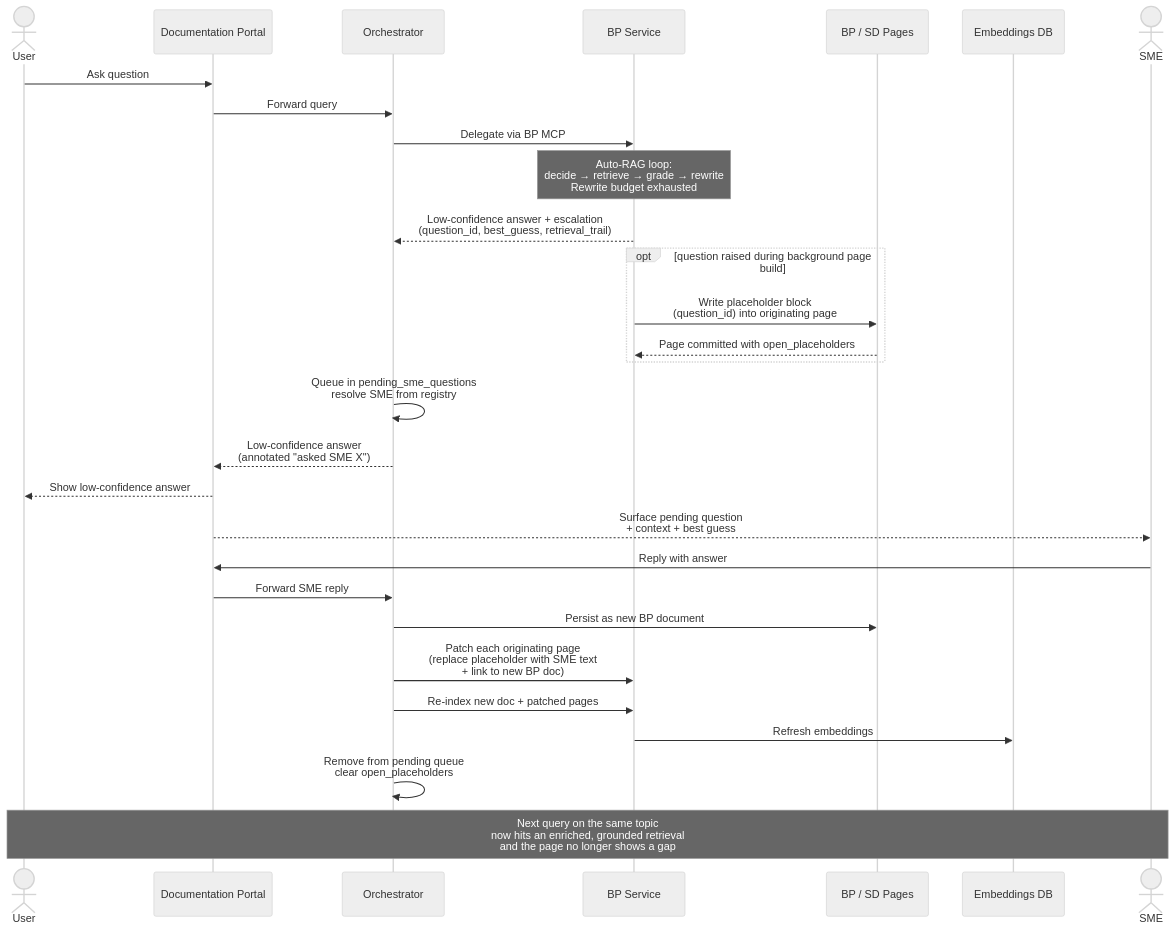
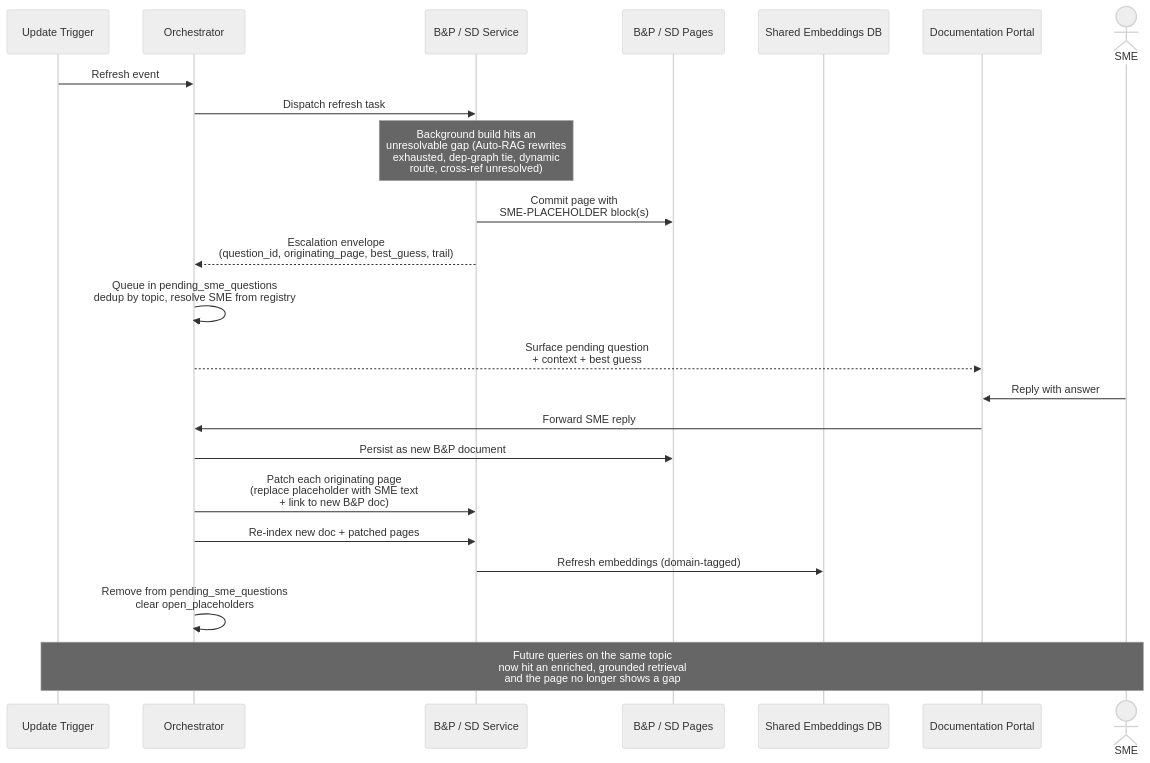
One commit to kikecorona/agentic-ai-capstone-project changed the fifth of 5 diagrams in PROJECT_ARCHITECTURE.md. Above: the diagram before and after it, drawn with Mermaid (neutral theme). The commit also changed other lines of this file and 1 other file, not shown here.

Commit message:
Simplified SME flow

````diff
--- a/PROJECT_ARCHITECTURE.md
+++ b/PROJECT_ARCHITECTURE.md
@@ -776,31 +788,26 @@
 ```mermaid
 sequenceDiagram
-    actor User
+    participant Trig as Update Trigger
+    participant OC as Orchestrator
+    participant Spec as B&P / SD Service
+    participant Docs as B&P / SD Pages
+    participant E as Shared Embeddings DB
     participant Portal as Documentation Portal
-    participant OC as Orchestrator
-    participant BP as BP Service
-    participant Docs as BP / SD Pages
-    participant E as Embeddings DB
     actor SME
-    User ->> Portal: Ask question
-    Portal ->> OC: Forward query
-    OC ->> BP: Delegate via BP MCP
-    Note over BP: Auto-RAG loop:<br/>decide → retrieve → grade → rewrite<br/>Rewrite budget exhausted
-    BP -->> OC: Low-confidence answer + escalation<br/>(question_id, best_guess, retrieval_trail)
-    opt question raised during background page build
-        BP ->> Docs: Write placeholder block<br/>(question_id) into originating page
-        Docs -->> BP: Page committed with open_placeholders
-    end
-    OC ->> OC: Queue in pending_sme_questions<br/>resolve SME from registry
-    OC -->> Portal: Low-confidence answer<br/>(annotated "asked SME X")
-    Portal -->> User: Show low-confidence answer
-    Portal -->> SME: Surface pending question<br/>+ context + best guess
+
+    Trig ->> OC: Refresh event
+    OC ->> Spec: Dispatch refresh task
+    Note over Spec: Background build hits an<br/>unresolvable gap (Auto-RAG rewrites<br/>exhausted, dep-graph tie, dynamic<br/>route, cross-ref unresolved)
+    Spec ->> Docs: Commit page with<br/>SME-PLACEHOLDER block(s)
+    Spec -->> OC: Escalation envelope<br/>(question_id, originating_page, best_guess, trail)
+    OC ->> OC: Queue in pending_sme_questions<br/>dedup by topic, resolve SME from registry
+    OC -->> Portal: Surface pending question<br/>+ context + best guess
     SME ->> Portal: Reply with answer
     Portal ->> OC: Forward SME reply
-    OC ->> Docs: Persist as new BP document
-    OC ->> BP: Patch each originating page<br/>(replace placeholder with SME text<br/>+ link to new BP doc)
-    OC ->> BP: Re-index new doc + patched pages
-    BP ->> E: Refresh embeddings
-    OC ->> OC: Remove from pending queue<br/>clear open_placeholders
-    Note over User, SME: Next query on the same topic<br/>now hits an enriched, grounded retrieval<br/>and the page no longer shows a gap
+    OC ->> Docs: Persist as new B&P document
+    OC ->> Spec: Patch each originating page<br/>(replace placeholder with SME text<br/>+ link to new B&P doc)
+    OC ->> Spec: Re-index new doc + patched pages
+    Spec ->> E: Refresh embeddings (domain-tagged)
+    OC ->> OC: Remove from pending_sme_questions<br/>clear open_placeholders
+    Note over Trig, SME: Future queries on the same topic<br/>now hit an enriched, grounded retrieval<br/>and the page no longer shows a gap
 ```
````
